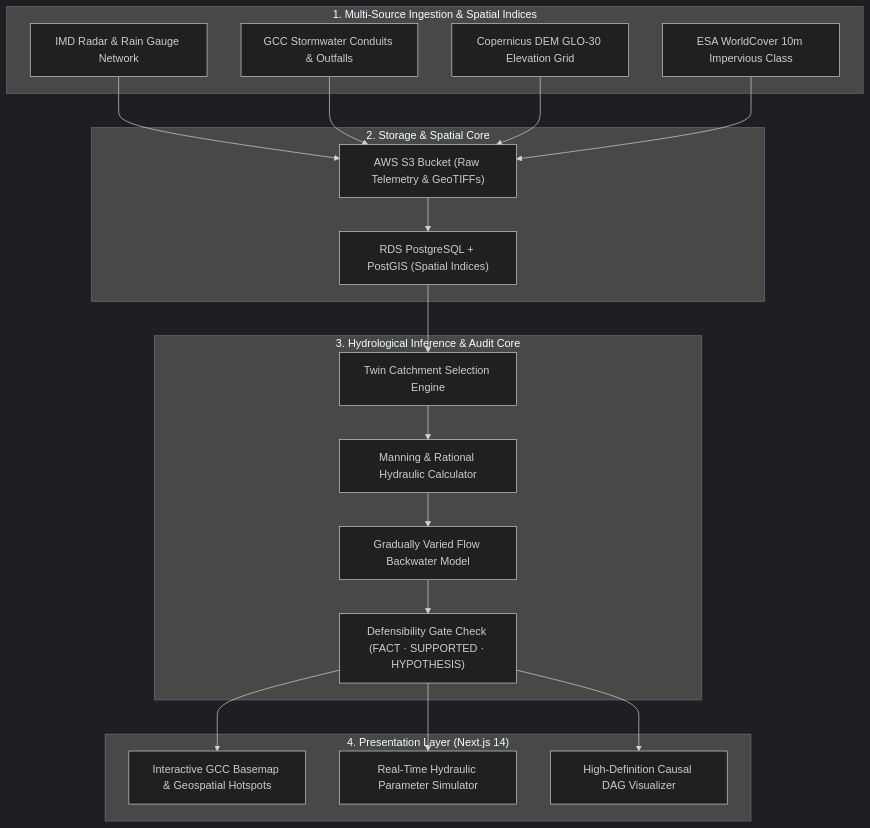
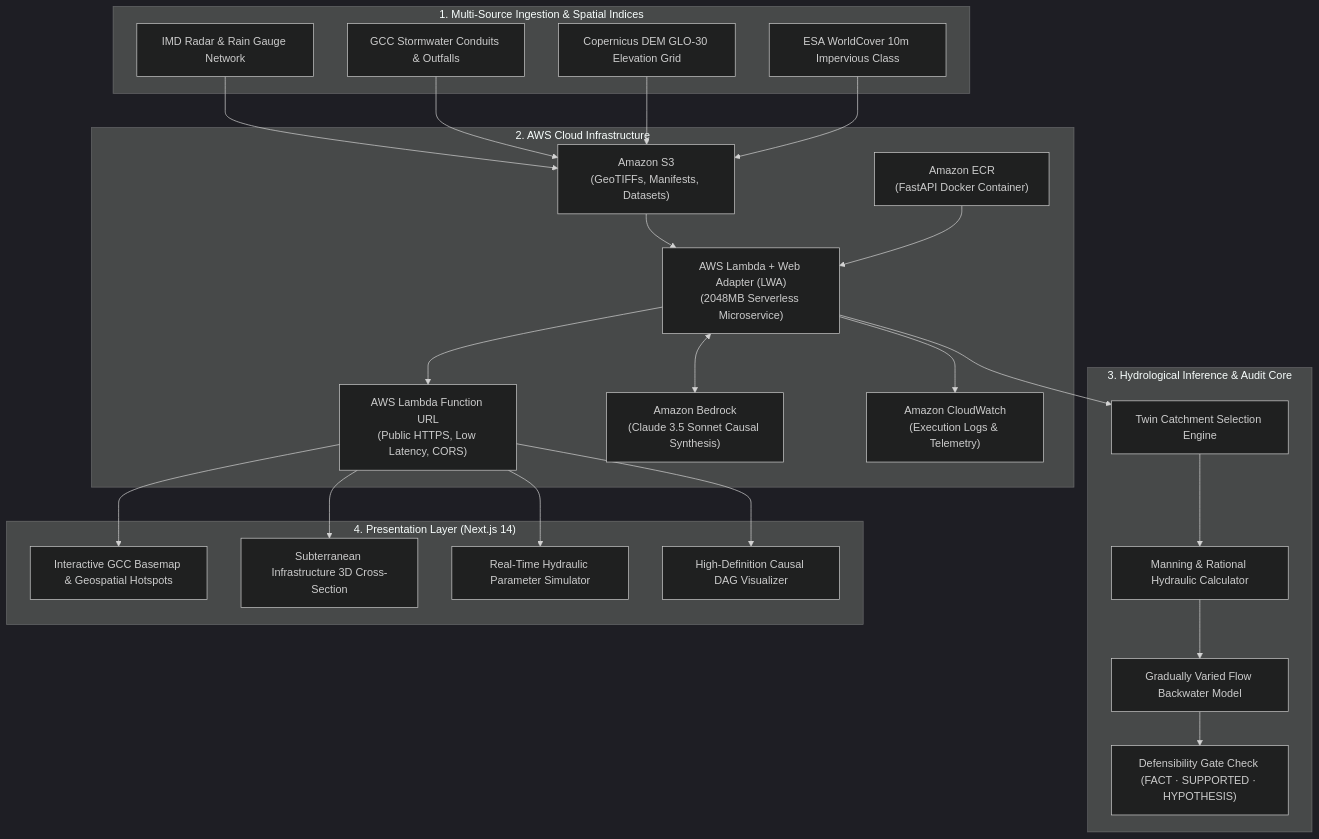
Before and after one commit to nikhillakra2007-tech/FloodLens: the second of 3 diagrams in README.md, drawn with Mermaid (dark theme). The commit also changed other lines of this file, not shown here.

Commit message:
docs: expand README with comprehensive AWS architecture, services breakdown, and deployment workflows

````diff
--- a/README.md
+++ b/README.md
@@ -66,33 +91,41 @@
 ```mermaid
 flowchart TD
     subgraph Ingestion["1. Multi-Source Ingestion & Spatial Indices"]
         I1["IMD Radar & Rain Gauge Network"]
         I2["GCC Stormwater Conduits & Outfalls"]
         I3["Copernicus DEM GLO-30 Elevation Grid"]
         I4["ESA WorldCover 10m Impervious Class"]
     end
 
-    subgraph Core["2. Storage & Spatial Core"]
-        S1["AWS S3 Bucket (Raw Telemetry & GeoTIFFs)"]
-        S2["RDS PostgreSQL + PostGIS (Spatial Indices)"]
+    subgraph AWS_Cloud["2. AWS Cloud Infrastructure"]
+        S1["Amazon S3\n(GeoTIFFs, Manifests, Datasets)"]
+        S2["Amazon ECR\n(FastAPI Docker Container)"]
+        S3["AWS Lambda + Web Adapter (LWA)\n(2048MB Serverless Microservice)"]
+        S4["AWS Lambda Function URL\n(Public HTTPS, Low Latency, CORS)"]
+        S5["Amazon Bedrock\n(Claude 3.5 Sonnet Causal Synthesis)"]
+        S6["Amazon CloudWatch\n(Execution Logs & Telemetry)"]
     end
 
     subgraph Engine["3. Hydrological Inference & Audit Core"]
         E1["Twin Catchment Selection Engine"]
         E2["Manning & Rational Hydraulic Calculator"]
         E3["Gradually Varied Flow Backwater Model"]
         E4["Defensibility Gate Check (FACT · SUPPORTED · HYPOTHESIS)"]
     end
 
     subgraph Frontend["4. Presentation Layer (Next.js 14)"]
         F1["Interactive GCC Basemap & Geospatial Hotspots"]
-        F2["Real-Time Hydraulic Parameter Simulator"]
-        F3["High-Definition Causal DAG Visualizer"]
+        F2["Subterranean Infrastructure 3D Cross-Section"]
+        F3["Real-Time Hydraulic Parameter Simulator"]
+        F4["High-Definition Causal DAG Visualizer"]
     end
 
     I1 & I2 & I3 & I4 --> S1
-    S1 --> S2
-    S2 --> E1
-    E1 --> E2 --> E3 --> E4
-    E4 --> F1 & F2 & F3
+    S1 --> S3
+    S2 --> S3
+    S3 <--> S5
+    S3 --> S6
+    S3 --> S4
+    S4 --> F1 & F2 & F3 & F4
+    S3 --> E1 --> E2 --> E3 --> E4
 ```
````
